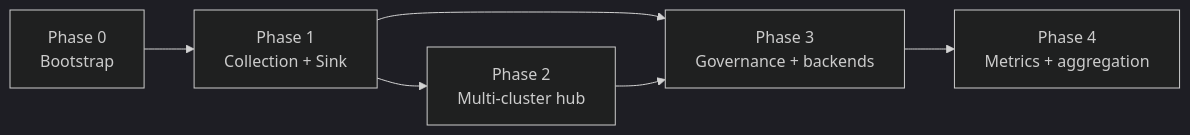
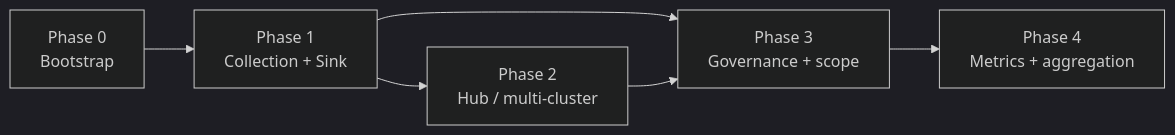
One commit to PlatformRelay/Kollect changed the diagram in docs/ROADMAP.md. Above: the diagram before and after it, drawn with Mermaid (dark theme). The commit also changed other lines of this file and 17 other files, not shown here.

````diff
--- a/docs/ROADMAP.md
+++ b/docs/ROADMAP.md
@@ -21,13 +21,13 @@
 ```mermaid
 flowchart LR
   P0[Phase 0<br/>Bootstrap]
   P1[Phase 1<br/>Collection + Sink]
-  P2[Phase 2<br/>Multi-cluster hub]
-  P3[Phase 3<br/>Governance + backends]
+  P2[Phase 2<br/>Hub / multi-cluster]
+  P3[Phase 3<br/>Governance + scope]
   P4[Phase 4<br/>Metrics + aggregation]
   P0 --> P1
   P1 --> P2
   P1 --> P3
   P2 --> P3
   P3 --> P4
 ```
````
